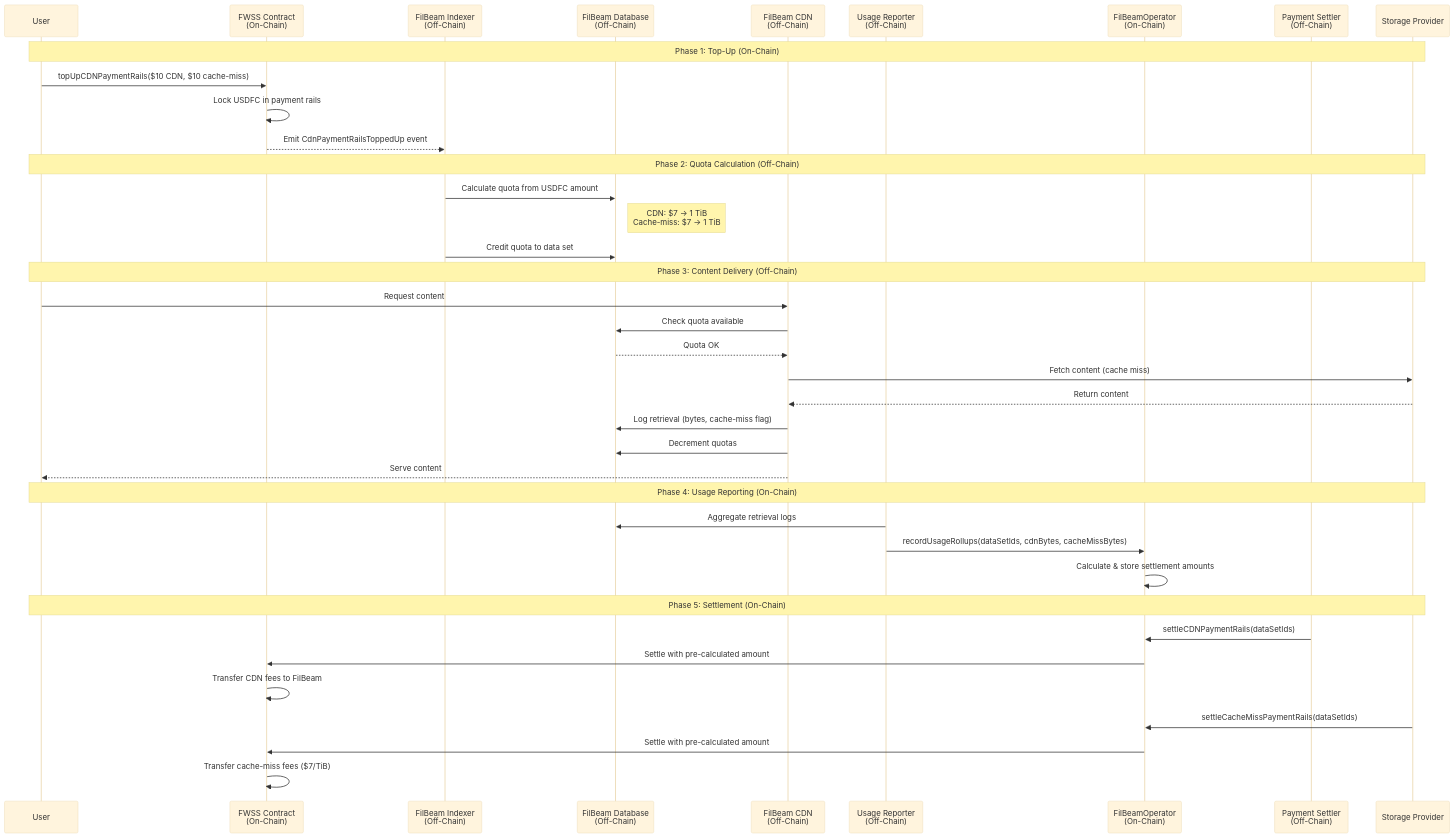
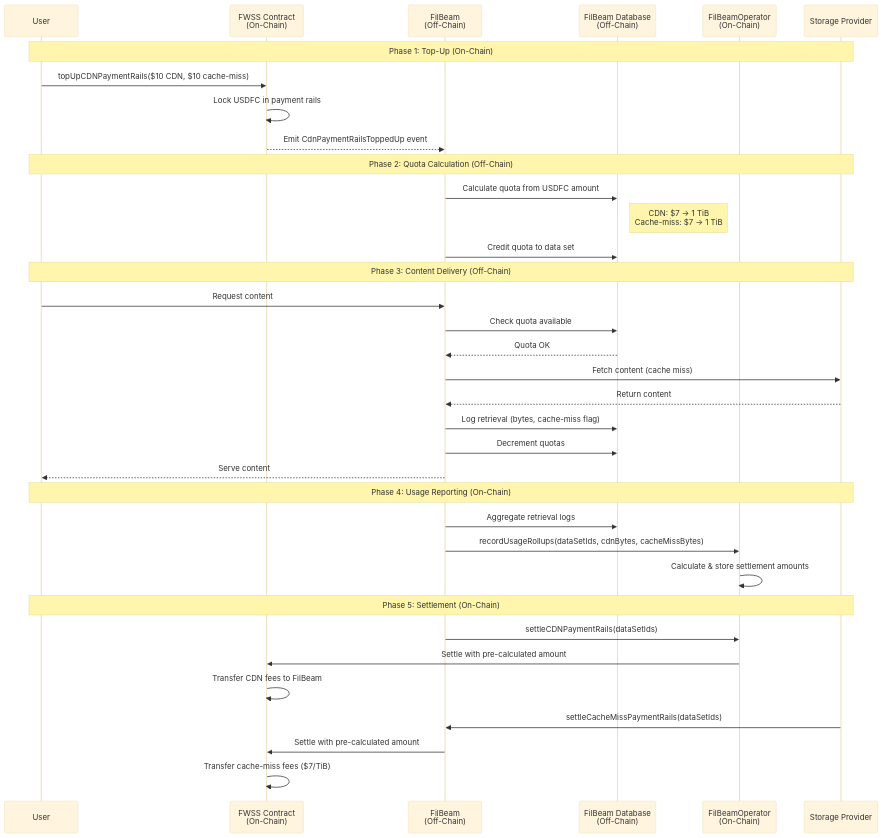
One commit to filbeam/docs changed the second of 5 diagrams in explanation/payment-model.md. Above: the diagram before and after it, drawn with Mermaid (base theme). The commit also changed other lines of this file, not shown here.

Commit message:
simplify charts in payment model explanation

````diff
--- a/explanation/payment-model.md
+++ b/explanation/payment-model.md
@@ -43,45 +43,42 @@
 ```mermaid
 sequenceDiagram
     participant User
     participant FWSS as FWSS Contract<br/>(On-Chain)
-    participant Indexer as FilBeam Indexer<br/>(Off-Chain)
+    participant FilBeam as FilBeam<br/>(Off-Chain)
     participant DB as FilBeam Database<br/>(Off-Chain)
-    participant CDN as FilBeam CDN<br/>(Off-Chain)
-    participant Reporter as Usage Reporter<br/>(Off-Chain)
     participant Operator as FilBeamOperator<br/>(On-Chain)
-    participant Settler as Payment Settler<br/>(Off-Chain)
     participant SP as Storage Provider
 
     Note over User,SP: Phase 1: Top-Up (On-Chain)
     User->>FWSS: topUpCDNPaymentRails($10 CDN, $10 cache-miss)
     FWSS->>FWSS: Lock USDFC in payment rails
-    FWSS-->>Indexer: Emit CdnPaymentRailsToppedUp event
+    FWSS-->>FilBeam: Emit CdnPaymentRailsToppedUp event
 
     Note over User,SP: Phase 2: Quota Calculation (Off-Chain)
-    Indexer->>DB: Calculate quota from USDFC amount
+    FilBeam->>DB: Calculate quota from USDFC amount
     Note right of DB: CDN: $7 → 1 TiB<br/>Cache-miss: $7 → 1 TiB
-    Indexer->>DB: Credit quota to data set
+    FilBeam->>DB: Credit quota to data set
 
     Note over User,SP: Phase 3: Content Delivery (Off-Chain)
-    User->>CDN: Request content
-    CDN->>DB: Check quota available
-    DB-->>CDN: Quota OK
-    CDN->>SP: Fetch content (cache miss)
-    SP-->>CDN: Return content
-    CDN->>DB: Log retrieval (bytes, cache-miss flag)
-    CDN->>DB: Decrement quotas
-    CDN-->>User: Serve content
+    User->>FilBeam: Request content
+    FilBeam->>DB: Check quota available
+    DB-->>FilBeam: Quota OK
+    FilBeam->>SP: Fetch content (cache miss)
+    SP-->>FilBeam: Return content
+    FilBeam->>DB: Log retrieval (bytes, cache-miss flag)
+    FilBeam->>DB: Decrement quotas
+    FilBeam-->>User: Serve content
 
     Note over User,SP: Phase 4: Usage Reporting (On-Chain)
-    Reporter->>DB: Aggregate retrieval logs
-    Reporter->>Operator: recordUsageRollups(dataSetIds, cdnBytes, cacheMissBytes)
+    FilBeam->>DB: Aggregate retrieval logs
+    FilBeam->>Operator: recordUsageRollups(dataSetIds, cdnBytes, cacheMissBytes)
     Operator->>Operator: Calculate & store settlement amounts
 
     Note over User,SP: Phase 5: Settlement (On-Chain)
-    Settler->>Operator: settleCDNPaymentRails(dataSetIds)
+    FilBeam->>Operator: settleCDNPaymentRails(dataSetIds)
     Operator->>FWSS: Settle with pre-calculated amount
     FWSS->>FWSS: Transfer CDN fees to FilBeam
-    SP->>Operator: settleCacheMissPaymentRails(dataSetIds)
-    Operator->>FWSS: Settle with pre-calculated amount
+    SP->>FilBeam: settleCacheMissPaymentRails(dataSetIds)
+    FilBeam->>FWSS: Settle with pre-calculated amount
     FWSS->>FWSS: Transfer cache-miss fees ($7/TiB)
 ```
````
